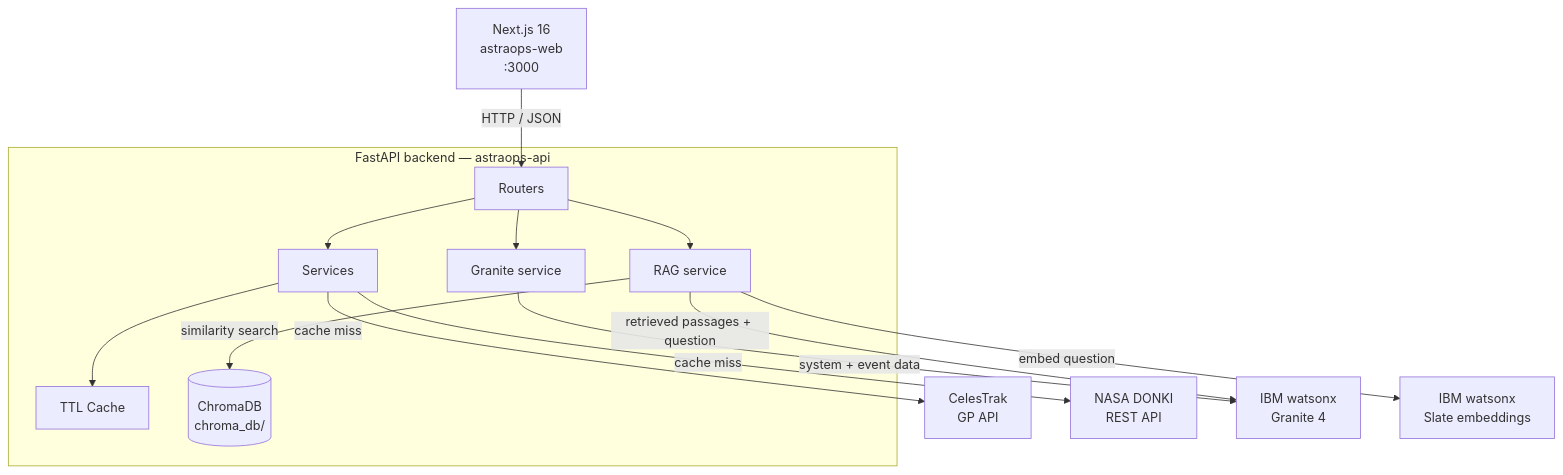
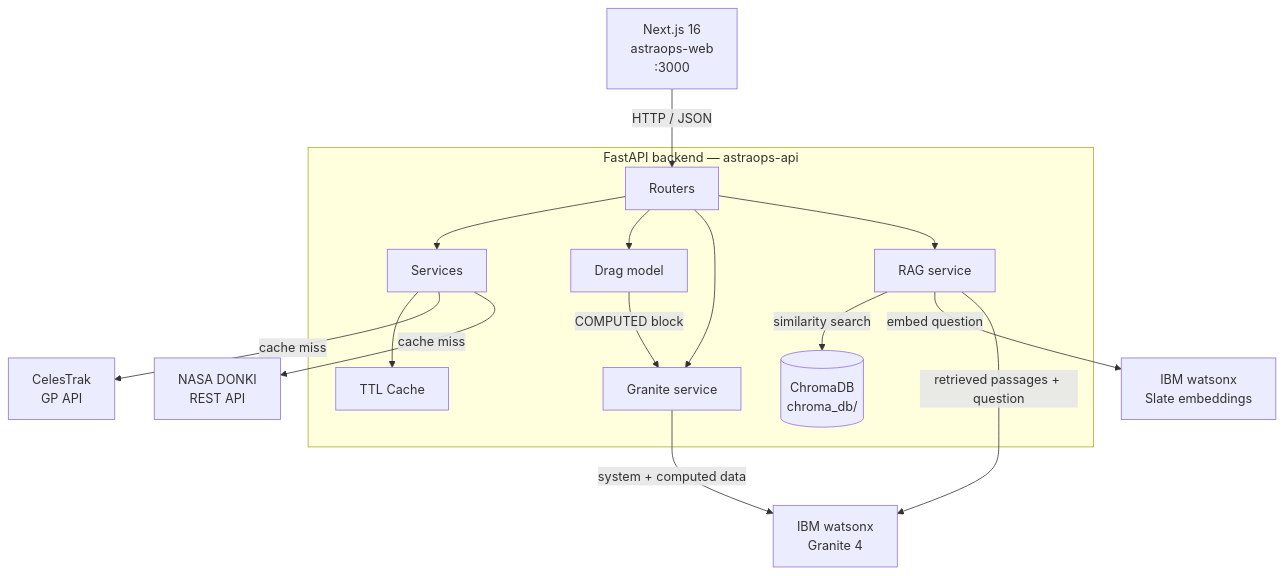
One commit to MariaAfreen1607/Astraops changed the diagram in README.md. Above: the diagram before and after it, drawn with Mermaid. The commit also changed other lines of this file, not shown here.

Commit message:
docs: document drag model, posture endpoint, cluster collapse, and tooling

````diff
--- a/README.md
+++ b/README.md
@@ -47,30 +53,33 @@
 ```mermaid
 graph TD
     FE["Next.js 16\nastraops-web\n:3000"]
 
     subgraph "FastAPI backend — astraops-api"
         RT[Routers]
         SV[Services]
         CA[TTL Cache]
+        DR[Drag model]
         GM[Granite service]
         RA[RAG service]
         CH[(ChromaDB\nchroma_db/)]
     end
 
     CT["CelesTrak\nGP API"]
     DN["NASA DONKI\nREST API"]
     WX["IBM watsonx\nGranite 4"]
     WE["IBM watsonx\nSlate embeddings"]
 
     FE -->|HTTP / JSON| RT
     RT --> SV
     SV --> CA
     SV -->|cache miss| CT
     SV -->|cache miss| DN
+    RT --> DR
+    DR -->|COMPUTED block| GM
     RT --> GM
-    GM -->|system + event data| WX
+    GM -->|system + computed data| WX
     RT --> RA
     RA -->|similarity search| CH
     RA -->|embed question| WE
     RA -->|retrieved passages + question| WX
 ```
````
